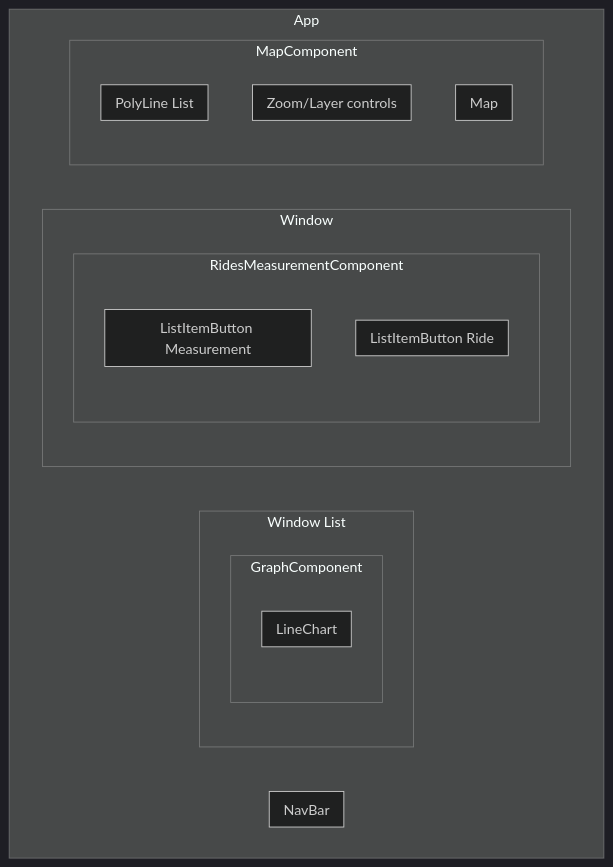
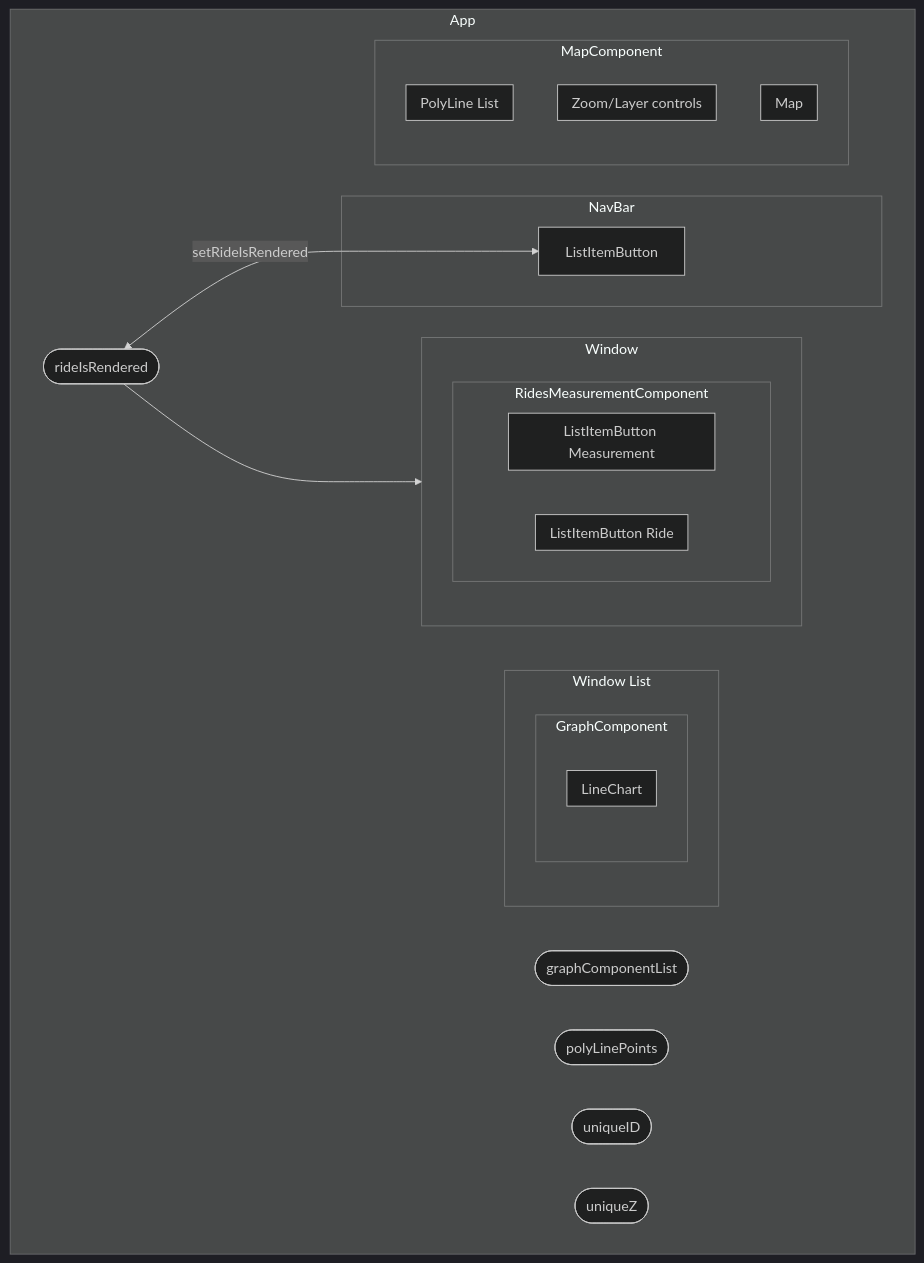
The diagram in docs/front_end_model.mmd (DTU-Master-Courses/LiraMapFrontEnd), drawn with Mermaid (dark theme) before and after one commit. The commit also changed 1 other file, not shown here.

```diff
--- a/docs/front_end_model.mmd
+++ b/docs/front_end_model.mmd
@@ -1,27 +1,36 @@
 flowchart TB
     subgraph App
+    graphComponentList([graphComponentList])
+    polyLinePoints([polyLinePoints])
+    rideIsRendered([rideIsRendered])
+    uniqueID([uniqueID])
+    uniqueZ([uniqueZ])
+    
+    rideIsRendered<-- setRideIsRendered -->ListItemButton
+    rideIsRendered --> Window
         subgraph NavBar
+            ListItemButton
         end
         subgraph Window List
             subgraph GraphComponent
                 subgraph LineChart
                 end
             end
         end
-        subgraph Window 
+        subgraph Window
             subgraph RidesMeasurementComponent
                 subgraph ListItemButton Ride
                 end
                 subgraph ListItemButton Measurement
                 end
             end
         end
         subgraph MapComponent
             subgraph Map
             end
             subgraph Zoom/Layer controls
             end
             subgraph PolyLine List
             end
         end
     end
```
